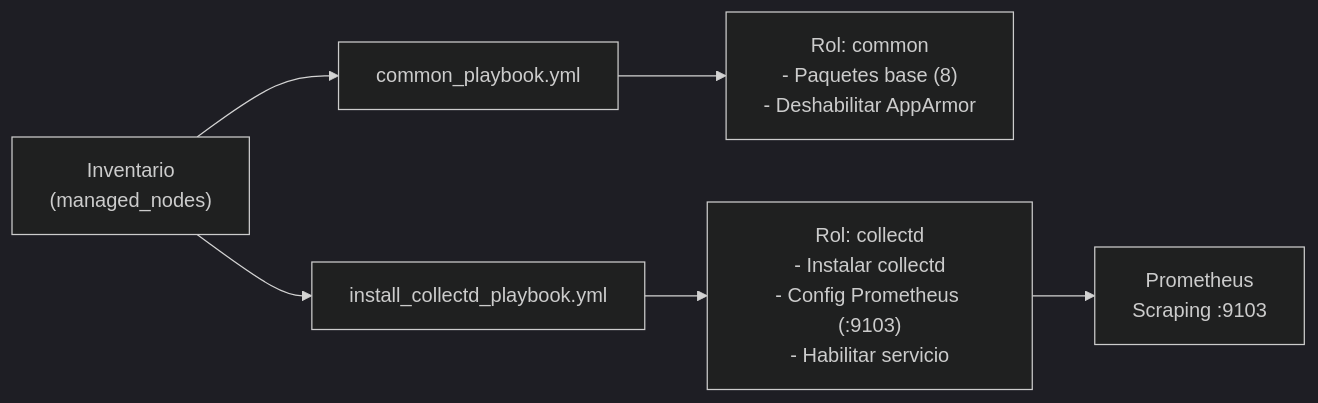
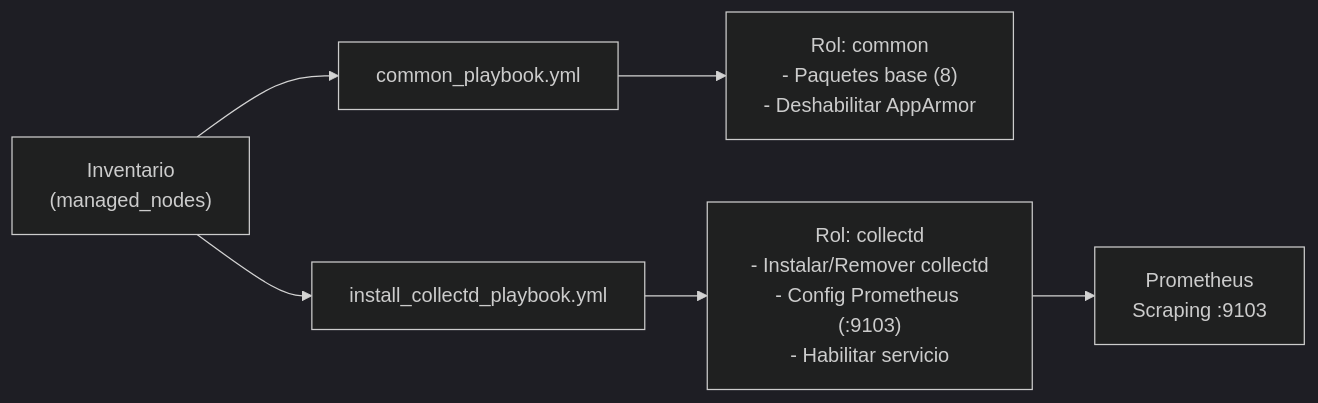
The diagram in README.md (Mici7120/ansible-sandbox), drawn with Mermaid (dark theme) before and after one commit. The commit also changed other lines of this file and 3 other files, not shown here.

Commit message:
docs: update documentation and diagrams after role fixes

````diff
--- a/README.md
+++ b/README.md
@@ -47,10 +46,10 @@
 ```mermaid
 flowchart LR
     INV["Inventario\n(managed_nodes)"] --> PB1["common_playbook.yml"]
     INV --> PB2["install_collectd_playbook.yml"]
 
     PB1 --> R1["Rol: common\n- Paquetes base (8)\n- Deshabilitar AppArmor"]
-    PB2 --> R2["Rol: collectd\n- Instalar collectd\n- Config Prometheus (:9103)\n- Habilitar servicio"]
+    PB2 --> R2["Rol: collectd\n- Instalar/Remover collectd\n- Config Prometheus (:9103)\n- Habilitar servicio"]
 
     R2 --> PROM["Prometheus\nScraping :9103"]
 ```
````
